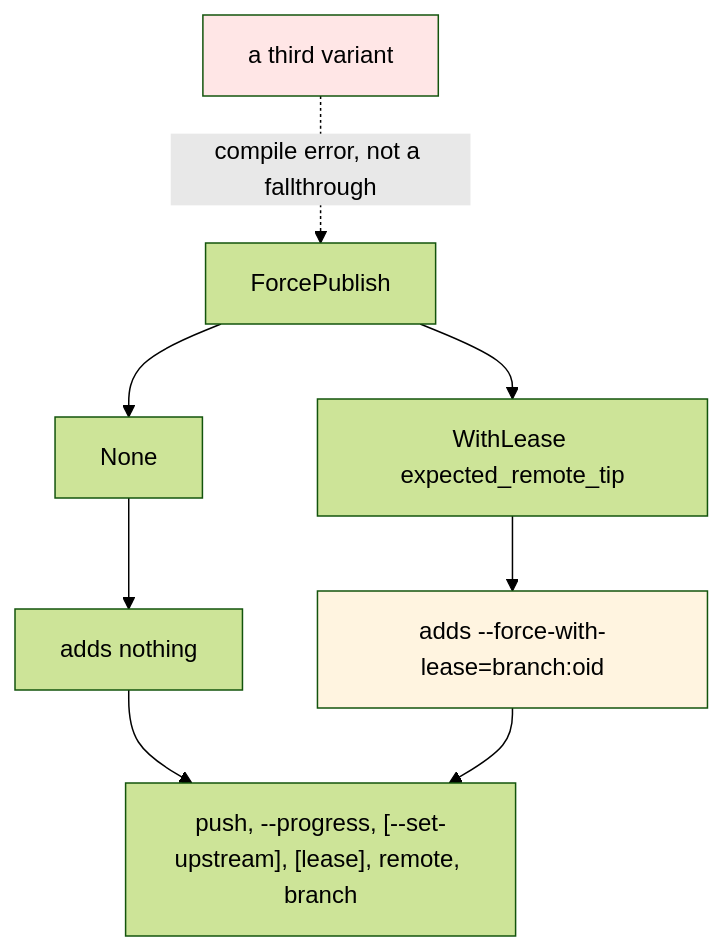
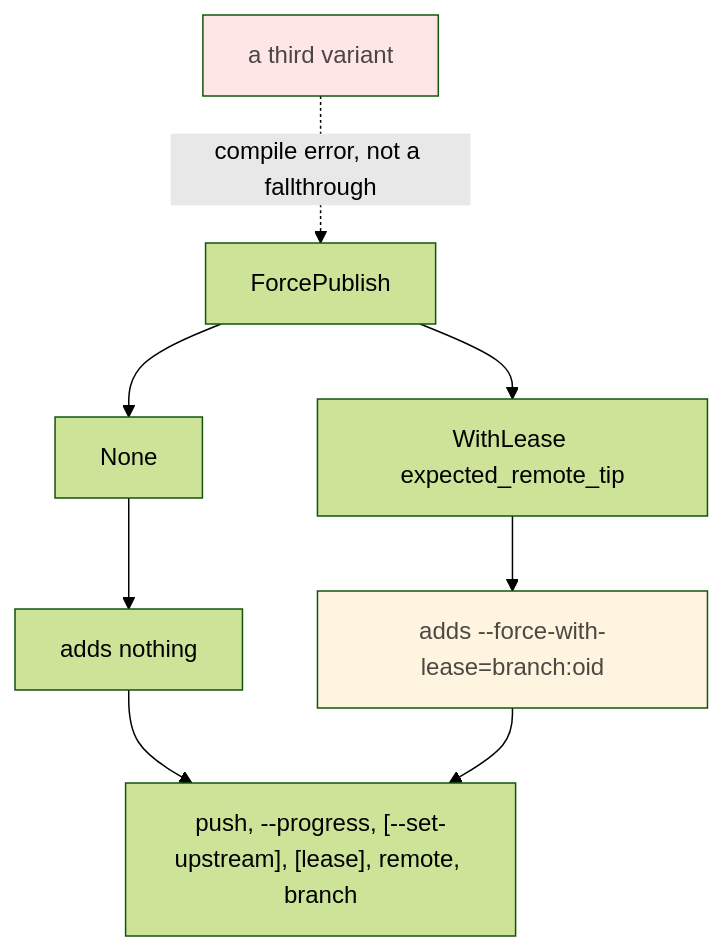
Before and after one commit to tom2025b/git-vista: the second of 11 diagrams in docs/adr/0045-push-execution.md, drawn with Mermaid (forest theme). The commit also changed other lines of this file and 21 other files, not shown here.

````diff
--- a/docs/adr/0045-push-execution.md
+++ b/docs/adr/0045-push-execution.md
@@ -92,12 +92,12 @@
 ```mermaid
 flowchart TD
     F["ForcePublish"] --> N["None"]
     F --> L["WithLease expected_remote_tip"]
     N --> NA["adds nothing"]
     L --> LA["adds --force-with-lease=branch:oid"]
     NA --> ARGV["push, --progress, [--set-upstream], [lease], remote, branch"]
     LA --> ARGV
     X["a third variant"] -.->|"compile error, not a fallthrough"| F
-    style X fill:#ffe6e6
-    style LA fill:#fff4e0
+    style X fill:#ffe6e6,color:#4c4545
+    style LA fill:#fff4e0,color:#4c4943
 ```
````
